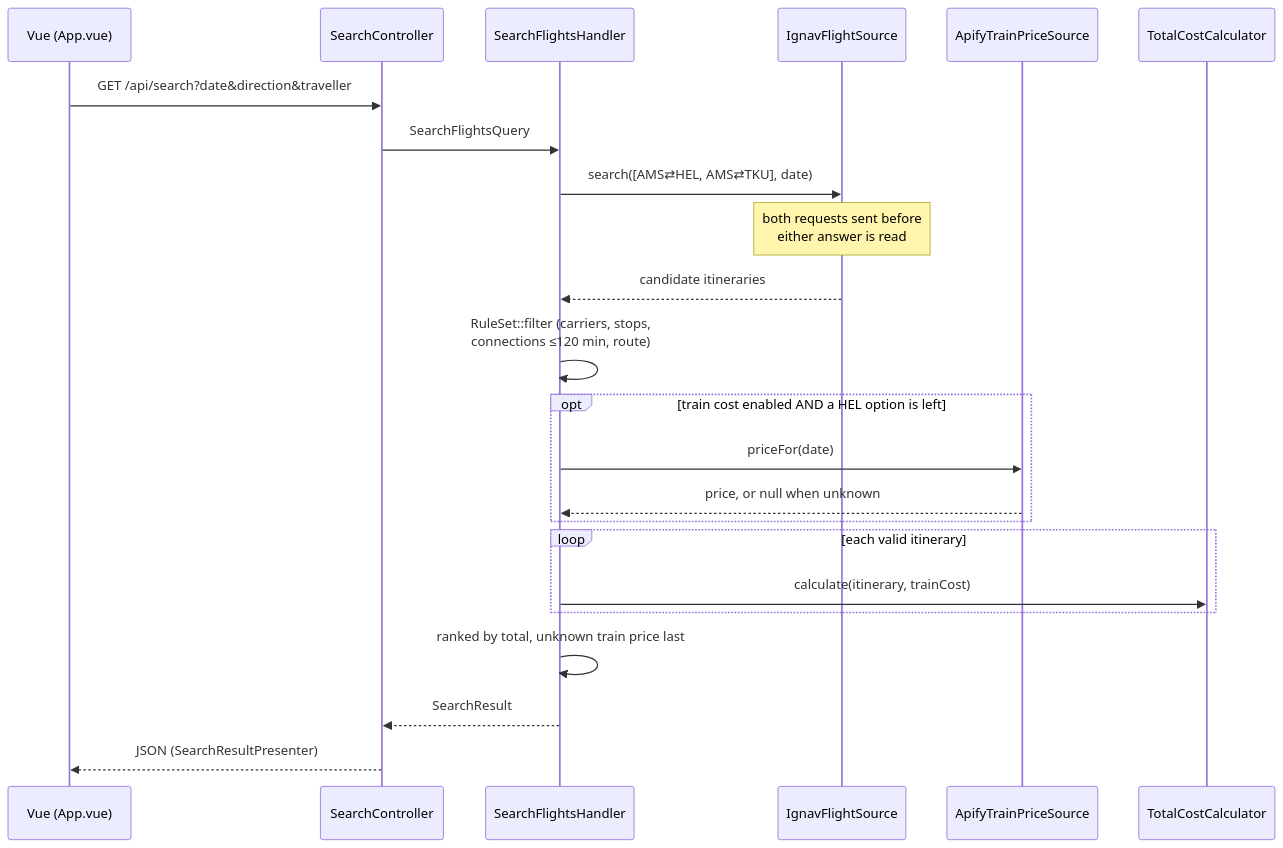
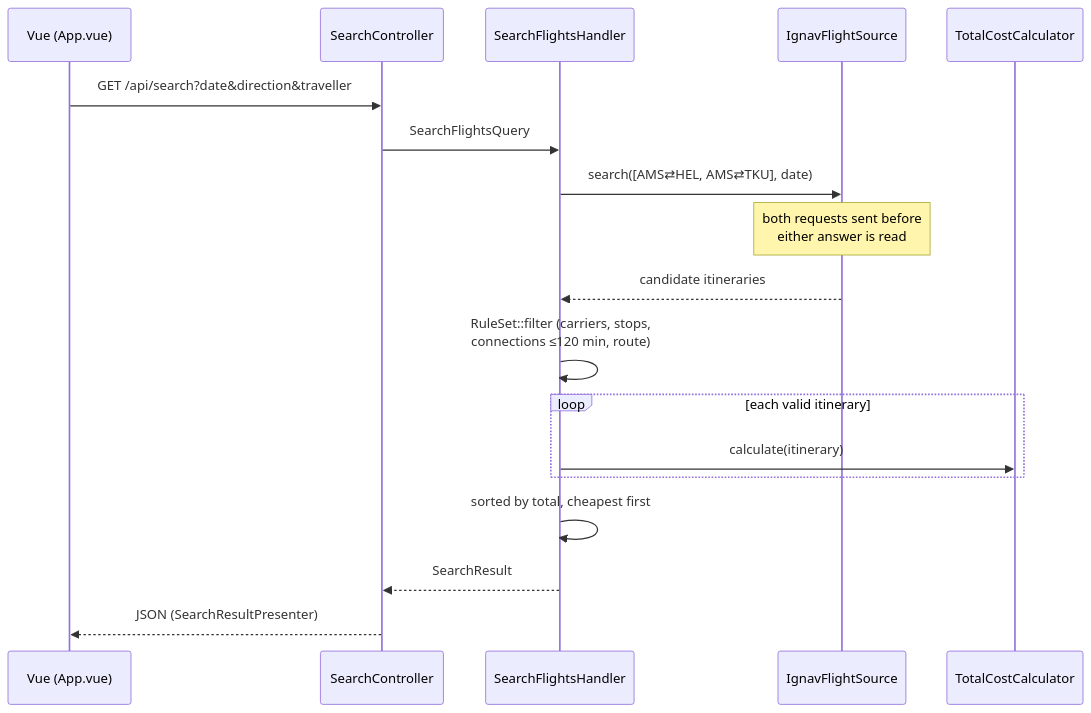
The second of 2 diagrams in docs/architecture.md (chrisdejager/frequent-flyer), drawn with Mermaid before and after one commit. The commit also changed other lines of this file and 49 other files, not shown here.

First line of the commit message:
refactor: remove the HEL-TKU train

````diff
--- a/docs/architecture.md
+++ b/docs/architecture.md
@@ -70,26 +66,21 @@
 ```mermaid
 sequenceDiagram
     participant UI as Vue (App.vue)
     participant SC as SearchController
     participant H as SearchFlightsHandler
     participant F as IgnavFlightSource
-    participant T as ApifyTrainPriceSource
     participant C as TotalCostCalculator
 
     UI->>SC: GET /api/search?date&direction&traveller
     SC->>H: SearchFlightsQuery
     H->>F: search([AMS⇄HEL, AMS⇄TKU], date)
     Note over F: both requests sent before<br/>either answer is read
     F-->>H: candidate itineraries
     H->>H: RuleSet::filter (carriers, stops,<br/>connections ≤120 min, route)
-    opt train cost enabled AND a HEL option is left
-        H->>T: priceFor(date)
-        T-->>H: price, or null when unknown
+    loop each valid itinerary
+        H->>C: calculate(itinerary)
     end
-    loop each valid itinerary
-        H->>C: calculate(itinerary, trainCost)
-    end
-    H->>H: ranked by total, unknown train price last
+    H->>H: sorted by total, cheapest first
     H-->>SC: SearchResult
     SC-->>UI: JSON (SearchResultPresenter)
 ```
````
